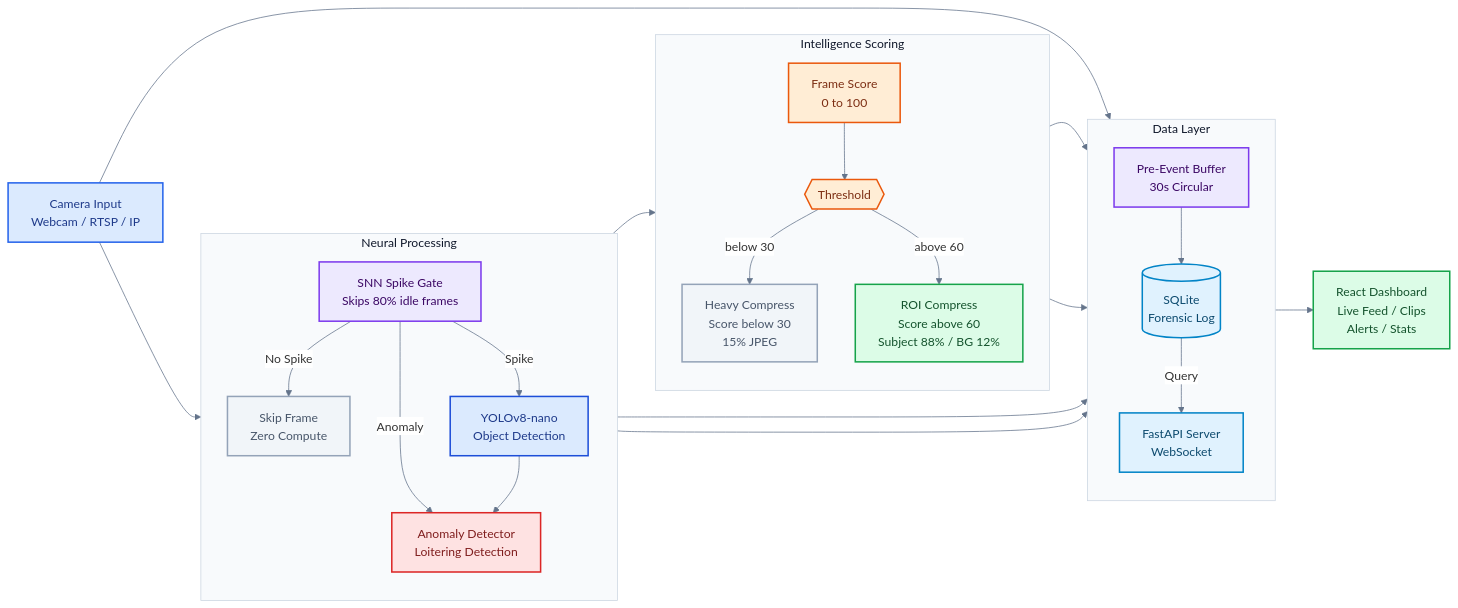
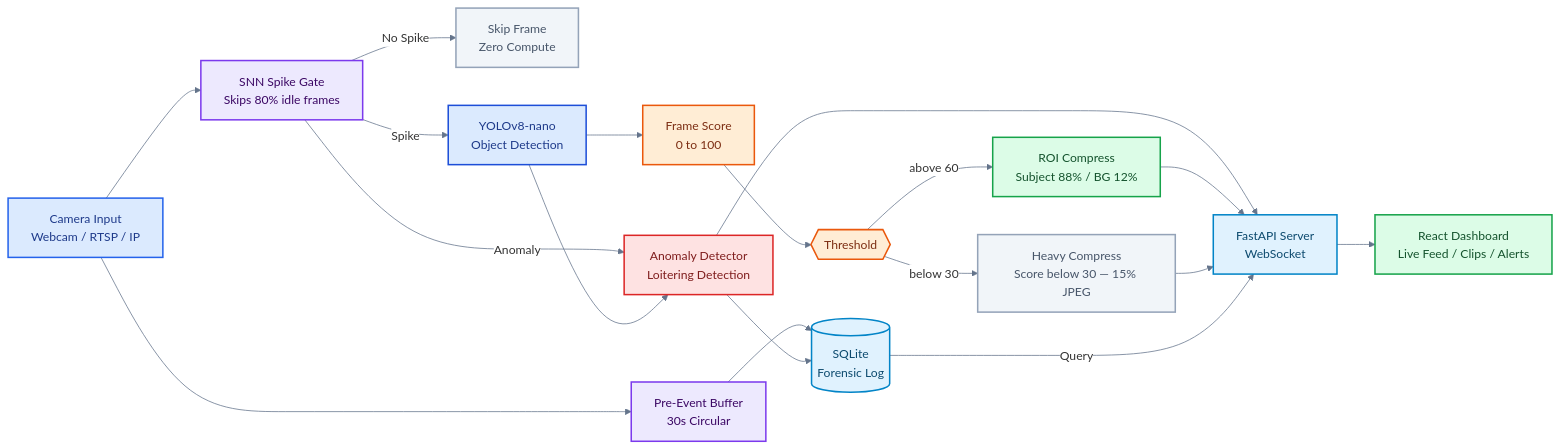
The diagram in README.md (dPurvesh/Team_Spectrum), drawn with Mermaid before and after one commit.

Commit message:
docs: single flat white canvas flowchart — removed all subgraph boxes

````diff
--- a/README.md
+++ b/README.md
@@ -34,63 +34,44 @@
 ```mermaid
-%%{init: {'theme': 'base', 'themeVariables': {'background': '#ffffff', 'mainBkg': '#ffffff', 'clusterBkg': '#f8fafc', 'clusterBorder': '#cbd5e1', 'titleColor': '#0f172a', 'edgeLabelBackground': '#ffffff', 'lineColor': '#64748b'}}}%%
+%%{init: {'theme': 'base', 'themeVariables': {'background': '#ffffff', 'mainBkg': '#ffffff', 'edgeLabelBackground': '#ffffff', 'lineColor': '#64748b'}}}%%
 flowchart LR
     classDef cam      fill:#dbeafe,stroke:#2563eb,stroke-width:2px,color:#1e3a8a
     classDef snn      fill:#ede9fe,stroke:#7c3aed,stroke-width:2px,color:#3b0764
     classDef yolo     fill:#dbeafe,stroke:#1d4ed8,stroke-width:2px,color:#1e3a8a
     classDef score    fill:#ffedd5,stroke:#ea580c,stroke-width:2px,color:#7c2d12
     classDef skip     fill:#f1f5f9,stroke:#94a3b8,stroke-width:2px,color:#475569
     classDef alert    fill:#fee2e2,stroke:#dc2626,stroke-width:2px,color:#7f1d1d
     classDef compress fill:#dcfce7,stroke:#16a34a,stroke-width:2px,color:#14532d
     classDef infra    fill:#e0f2fe,stroke:#0284c7,stroke-width:2px,color:#0c4a6e
 
     CAM["Camera Input\nWebcam / RTSP / IP"]:::cam
-
-    subgraph NEURAL ["  Neural Processing  "]
-        direction TB
-        SNN["SNN Spike Gate\nSkips 80% idle frames"]:::snn
-        SKIP["Skip Frame\nZero Compute"]:::skip
-        YOLO["YOLOv8-nano\nObject Detection"]:::yolo
-        ANOM["Anomaly Detector\nLoitering Detection"]:::alert
-    end
-
-    subgraph SCORE_LAYER ["  Intelligence Scoring  "]
-        direction TB
-        SCORE["Frame Score\n0 to 100"]:::score
-        DEC{{"Threshold"}}:::score
-        HEAVY["Heavy Compress\nScore below 30\n15% JPEG"]:::skip
-        ROI["ROI Compress\nScore above 60\nSubject 88% / BG 12%"]:::compress
-    end
-
-    subgraph STORE ["  Data Layer  "]
-        direction TB
-        PREBUF["Pre-Event Buffer\n30s Circular"]:::snn
-        DB[("SQLite\nForensic Log")]:::infra
-        API["FastAPI Server\nWebSocket"]:::infra
-    end
-
-    DASH["React Dashboard\nLive Feed / Clips\nAlerts / Stats"]:::compress
+    SNN["SNN Spike Gate\nSkips 80% idle frames"]:::snn
+    SKIP["Skip Frame\nZero Compute"]:::skip
+    YOLO["YOLOv8-nano\nObject Detection"]:::yolo
+    ANOM["Anomaly Detector\nLoitering Detection"]:::alert
+    PREBUF["Pre-Event Buffer\n30s Circular"]:::snn
+    SCORE["Frame Score\n0 to 100"]:::score
+    DEC{{"Threshold"}}:::score
+    HEAVY["Heavy Compress\nScore below 30 — 15% JPEG"]:::skip
+    ROI["ROI Compress\nSubject 88% / BG 12%"]:::compress
+    DB[("SQLite\nForensic Log")]:::infra
+    API["FastAPI Server\nWebSocket"]:::infra
+    DASH["React Dashboard\nLive Feed / Clips / Alerts"]:::compress
 
     CAM --> SNN
     CAM --> PREBUF
-
     SNN -->|"No Spike"| SKIP
     SNN -->|"Spike"| YOLO
     SNN -->|"Anomaly"| ANOM
-
     YOLO --> ANOM
     YOLO --> SCORE
-
     SCORE --> DEC
     DEC -->|"below 30"| HEAVY
     DEC -->|"above 60"| ROI
-
     PREBUF --> DB
     ANOM --> DB
     ANOM --> API
-
     ROI --> API
     HEAVY --> API
-
     DB -->|"Query"| API
     API --> DASH
 ```
````
